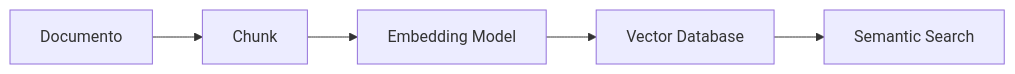
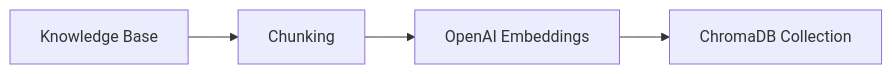
The third of 5 diagrams in docs/it/04_Data_Model.md (marcosaccani1/maranello-ai), drawn with Mermaid before and after one commit. The commit also changed other lines of this file and 7 other files, not shown here.

````diff
--- a/docs/it/04_Data_Model.md
+++ b/docs/it/04_Data_Model.md
@@ -710,21 +1840,17 @@
 ```mermaid
 flowchart LR
 
-Document["Documento"]
+    Documents["Knowledge Base"]
 
-Chunk["Chunk"]
+    Chunking["Chunking"]
 
-Embedding["Embedding Model"]
+    Embeddings["OpenAI Embeddings"]
 
-Vector["Vector Database"]
+    Collection["ChromaDB Collection"]
 
-Search["Semantic Search"]
+    Documents --> Chunking
 
-Document --> Chunk
+    Chunking --> Embeddings
 
-Chunk --> Embedding
-
-Embedding --> Vector
-
-Vector --> Search
+    Embeddings --> Collection
 ```
````
